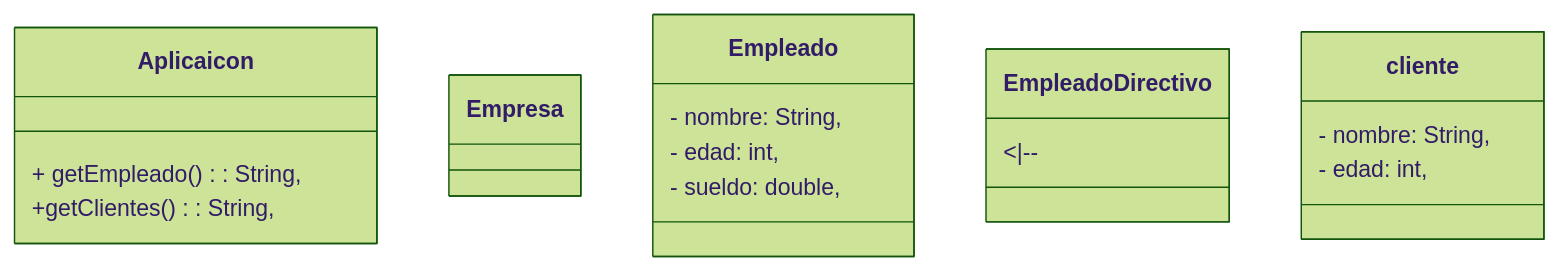
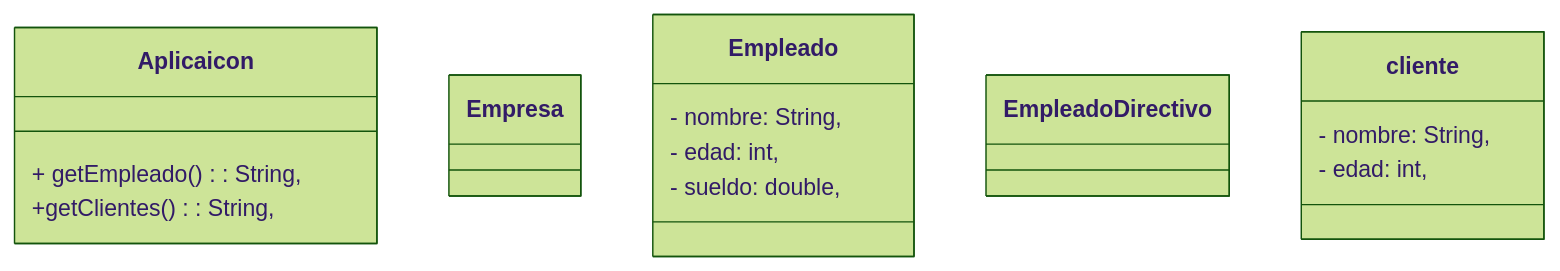
Before and after one commit to jesanny/Ejercicios_Contornos_Tema3: the diagram in empleadosEmpresas.mmd, drawn with Mermaid (forest theme). The commit also changed 2 other files, not shown here.

```diff
--- a/empleadosEmpresas.mmd
+++ b/empleadosEmpresas.mmd
@@ -1,26 +1,26 @@
 classDiagram 
 
 class Aplicaicon {
  + getEmpleado(): String,
  +getClientes (): String,
 }
 
 class Empresa {
     
 }
 
 class Empleado {
     - nombre: String,
     - edad: int,
     - sueldo: double,
 }
 
 class EmpleadoDirectivo{
-    <|--
+    
 }
 
 class cliente {
     - nombre: String,
     - edad: int,
 
 }
```
